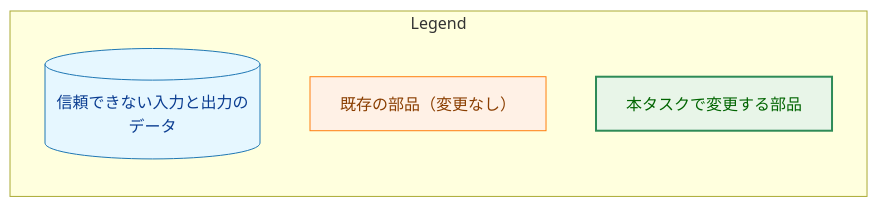
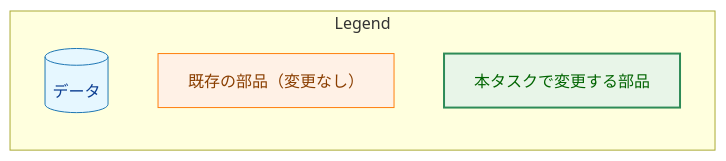
One commit to isseis/yt2column changed the ninth of 13 diagrams in docs/tasks/0024_copied_transcript_panel_lines/02_architecture.md. Above: the diagram before and after it, drawn with Mermaid. The commit also changed other lines of this file and 1 other file, not shown here.

First line of the commit message:
docs(0024): add form B chapter headings to the requirements and redraft the architecture (#314)

````diff
--- a/docs/tasks/0024_copied_transcript_panel_lines/02_architecture.md
+++ b/docs/tasks/0024_copied_transcript_panel_lines/02_architecture.md
@@ -397,16 +526,16 @@
 ```mermaid
 flowchart LR
     classDef data fill:#e6f7ff,stroke:#1f77b4,stroke-width:1px,color:#0b3d91;
     classDef process fill:#fff1e6,stroke:#ff7f0e,stroke-width:1px,color:#8a3e00;
     classDef enhanced fill:#e8f5e8,stroke:#2e8b57,stroke-width:2px,color:#006400;
 
     subgraph Legend["Legend"]
-        L1[("信頼できない入力と出力のデータ")]
+        L1[("データ")]
         L2["既存の部品（変更なし）"]
         L3["本タスクで変更する部品"]
     end
 
     class L1 data
     class L2 process
     class L3 enhanced
 ```
````
